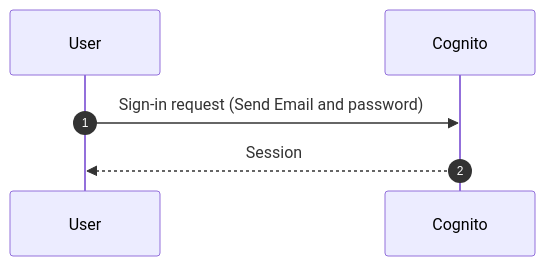
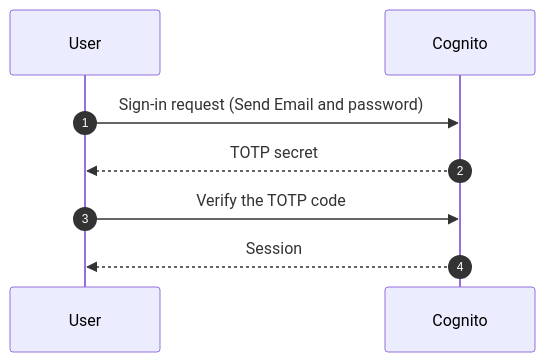
One commit to oqtopus-team/oqtopus-cloud changed the fourth of 6 diagrams in docs/en/architecture/frontend_signup_signin_flow.md. Above: the diagram before and after it, drawn with Mermaid. The commit also changed other lines of this file and 25 other files, not shown here.

````diff
--- a/docs/en/architecture/frontend_signup_signin_flow.md
+++ b/docs/en/architecture/frontend_signup_signin_flow.md
@@ -88,9 +90,11 @@
 ```mermaid
 sequenceDiagram
     autonumber
     participant U as User
     participant C as Cognito
 
     U->>C: Sign-in request (Send Email and password)
+    C-->>U: TOTP secret
+    U->>C: Verify the TOTP code
     C-->>U: Session
 ```
````
